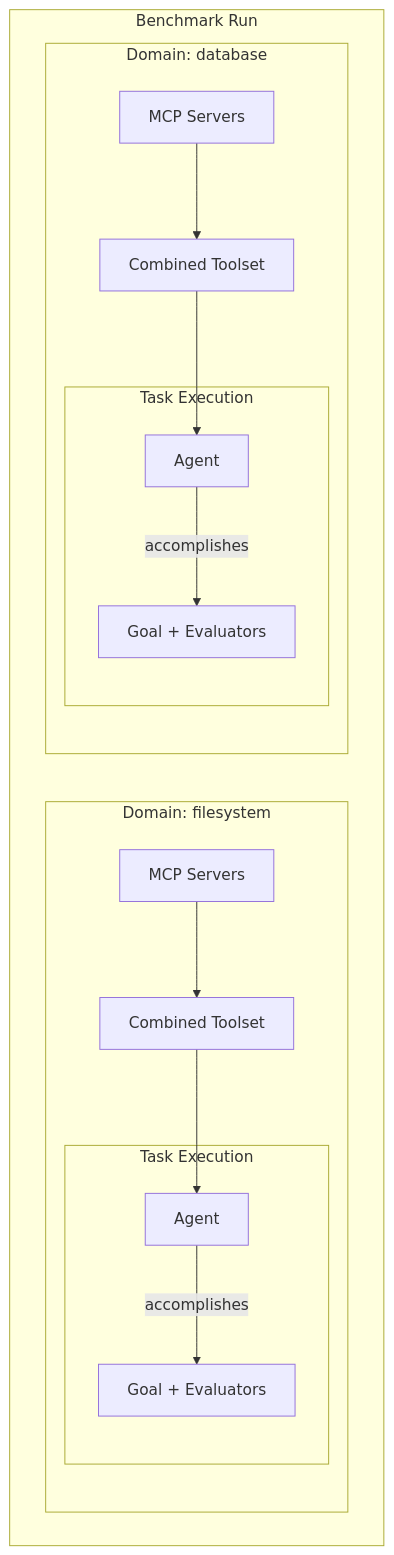
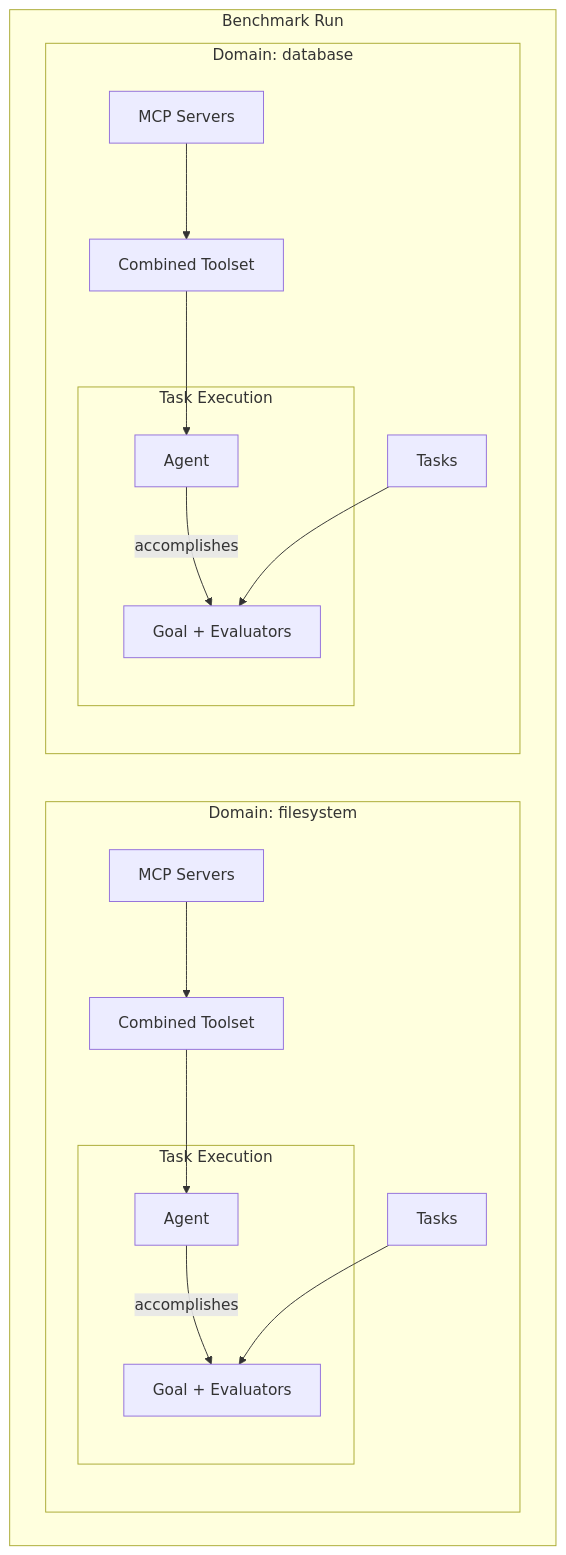
Before and after one commit to deeppavlov/mcp-evals: the first of 2 diagrams in README.md, drawn with Mermaid. The commit also changed other lines of this file, not shown here.

````diff
--- a/README.md
+++ b/README.md
@@ -183,32 +198,36 @@
 ```mermaid
 flowchart TB
     subgraph Benchmark["Benchmark Run"]
         subgraph Domain1["Domain: filesystem"]
             MCP1[MCP Servers]
             Toolset1[Combined Toolset]
+            Tasks1[Tasks]
             MCP1 --> Toolset1
             
             subgraph Run1["Task Execution"]
                 Agent1[Agent]
                 Task1[Goal + Evaluators]
                 Agent1 --> |accomplishes| Task1
             end
             
+            Tasks1 --> Task1
             Toolset1 --> Agent1
         end
         
         subgraph Domain2["Domain: database"]
             MCP2[MCP Servers]
             Toolset2[Combined Toolset]
+            Tasks2[Tasks]
             MCP2 --> Toolset2
             
             subgraph Run2["Task Execution"]
                 Agent2[Agent]
                 Task2[Goal + Evaluators]
                 Agent2 --> |accomplishes| Task2
             end
             
+            Tasks2 --> Task2
             Toolset2 --> Agent2
         end
     end
 ```
````
